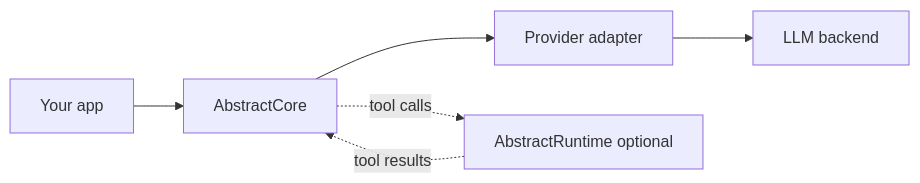
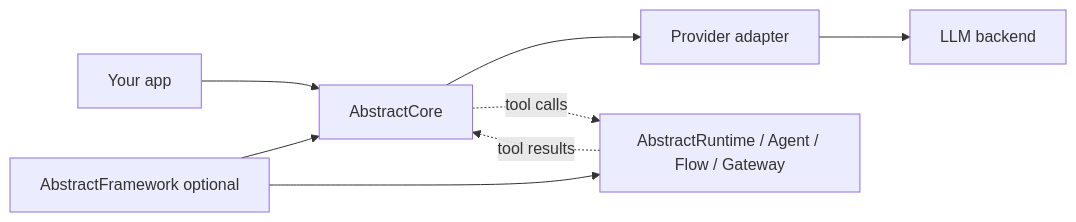
The diagram in README.md (lpalbou/AbstractCore), drawn with Mermaid before and after one commit. The commit also changed other lines of this file and 86 other files, not shown here.

````diff
--- a/README.md
+++ b/README.md
@@ -39,8 +89,10 @@
 ```mermaid
 graph LR
   APP["Your app"] --> AC["AbstractCore"]
+  AF["AbstractFramework optional"] --> AC
+  AF --> RT["AbstractRuntime / Agent / Flow / Gateway"]
   AC --> P["Provider adapter"]
   P --> LLM["LLM backend"]
-  AC -.->|tool calls| RT["AbstractRuntime optional"]
+  AC -.->|tool calls| RT
   RT -.->|tool results| AC
 ```
````
